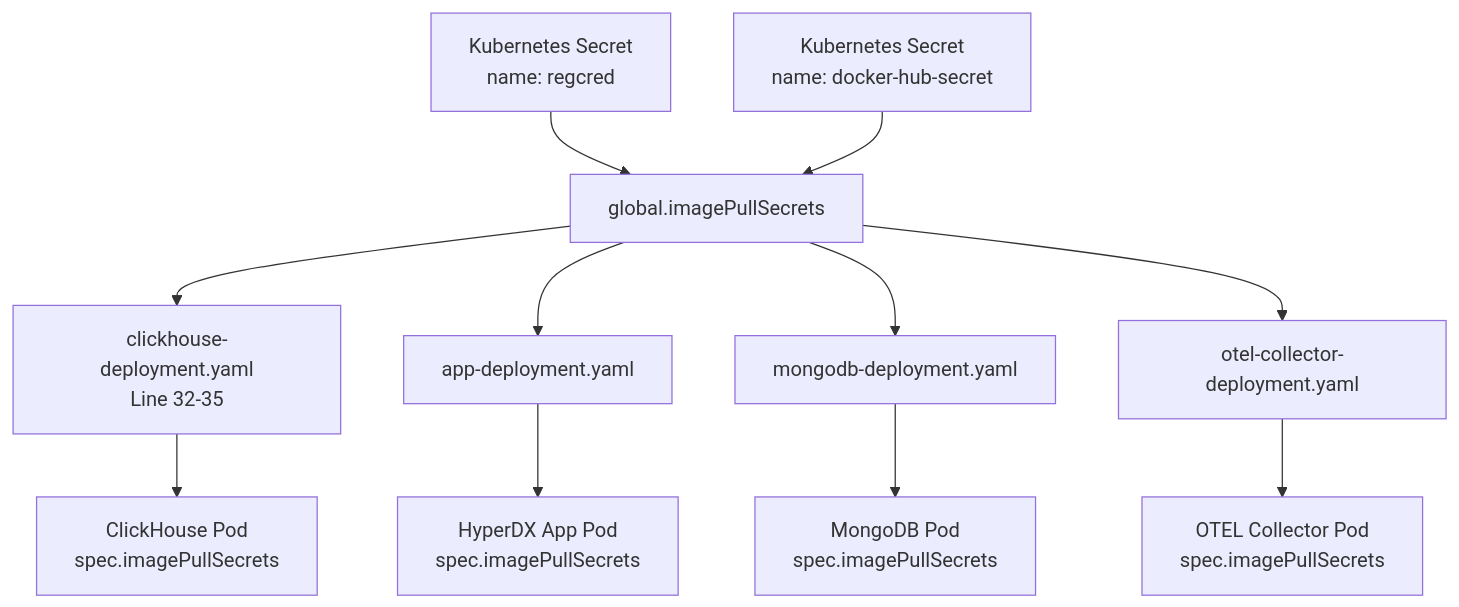
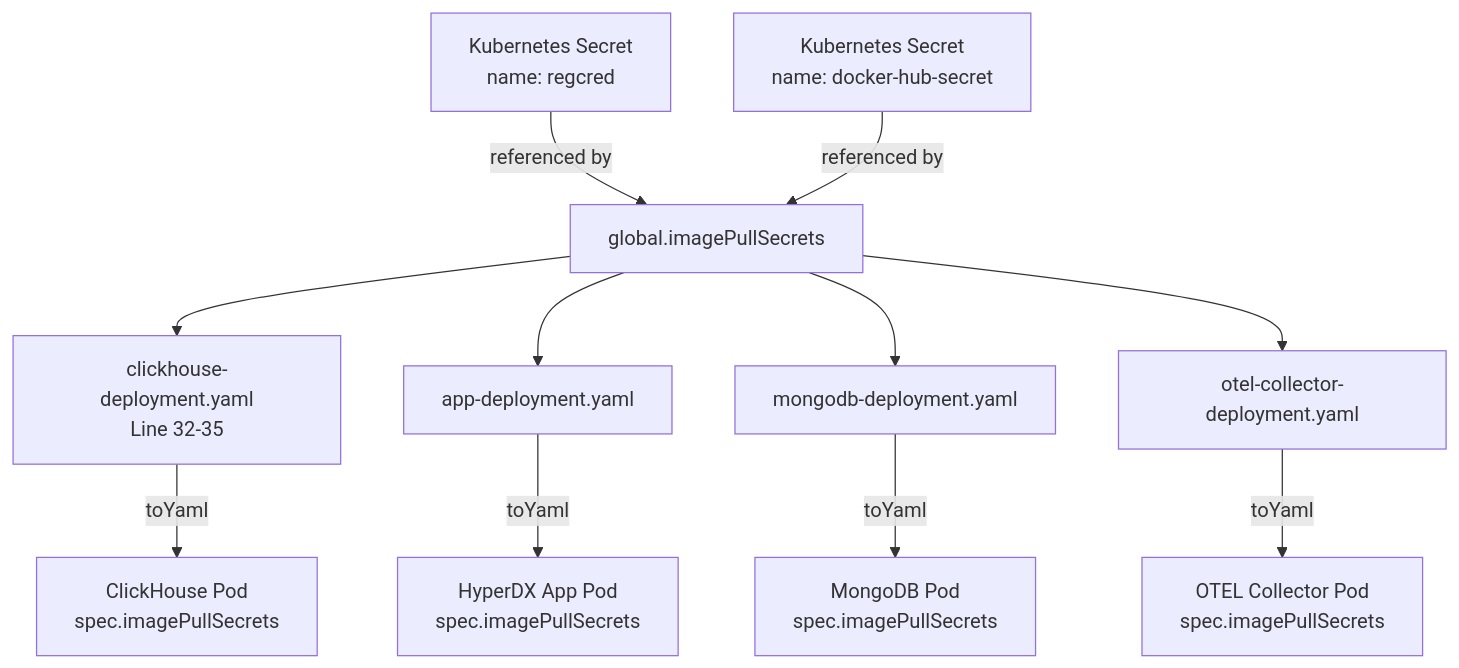
The second of 5 diagrams in docs/hyperdxio-helm-charts-docs/Global-Configuration.md (openchoreo/openchoreo), drawn with Mermaid before and after one commit. The commit also changed other lines of this file and 85 other files, not shown here.

Commit message:
feat: Add new workflow and specification templates, update Helm chart dependencies, and clarify documentation diagrams.

````diff
--- a/docs/hyperdxio-helm-charts-docs/Global-Configuration.md
+++ b/docs/hyperdxio-helm-charts-docs/Global-Configuration.md
@@ -146,26 +146,26 @@
 ```mermaid
 flowchart TD
 
 Secret1["Kubernetes Secret<br>name: regcred"]
 Secret2["Kubernetes Secret<br>name: docker-hub-secret"]
 GlobalConfig["global.imagePullSecrets"]
 Template1["clickhouse-deployment.yaml<br>Line 32-35"]
 Template2["app-deployment.yaml"]
 Template3["mongodb-deployment.yaml"]
 Template4["otel-collector-deployment.yaml"]
 Pod1["ClickHouse Pod<br>spec.imagePullSecrets"]
 Pod2["HyperDX App Pod<br>spec.imagePullSecrets"]
 Pod3["MongoDB Pod<br>spec.imagePullSecrets"]
 Pod4["OTEL Collector Pod<br>spec.imagePullSecrets"]
 
-Secret1 --> GlobalConfig
-Secret2 --> GlobalConfig
+Secret1 -->|"referenced by"| GlobalConfig
+Secret2 -->|"referenced by"| GlobalConfig
 GlobalConfig --> Template1
 GlobalConfig --> Template2
 GlobalConfig --> Template3
 GlobalConfig --> Template4
-Template1 --> Pod1
-Template2 --> Pod2
-Template3 --> Pod3
-Template4 --> Pod4
+Template1 -->|"toYaml"| Pod1
+Template2 -->|"toYaml"| Pod2
+Template3 -->|"toYaml"| Pod3
+Template4 -->|"toYaml"| Pod4
 ```
````
